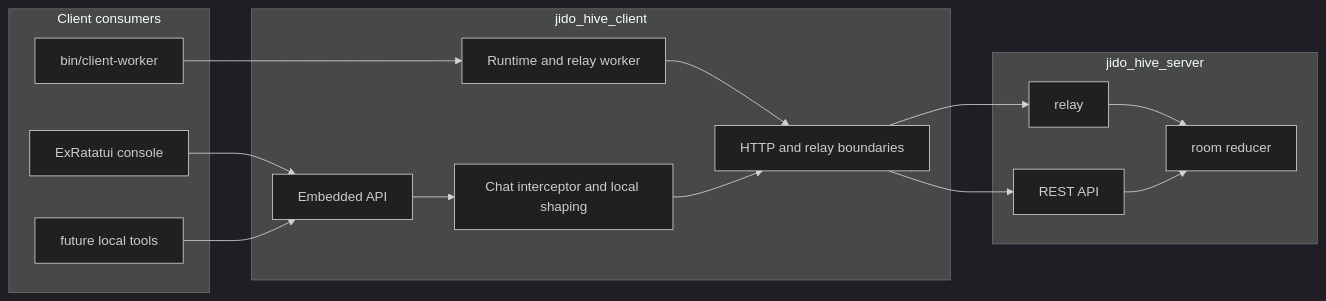
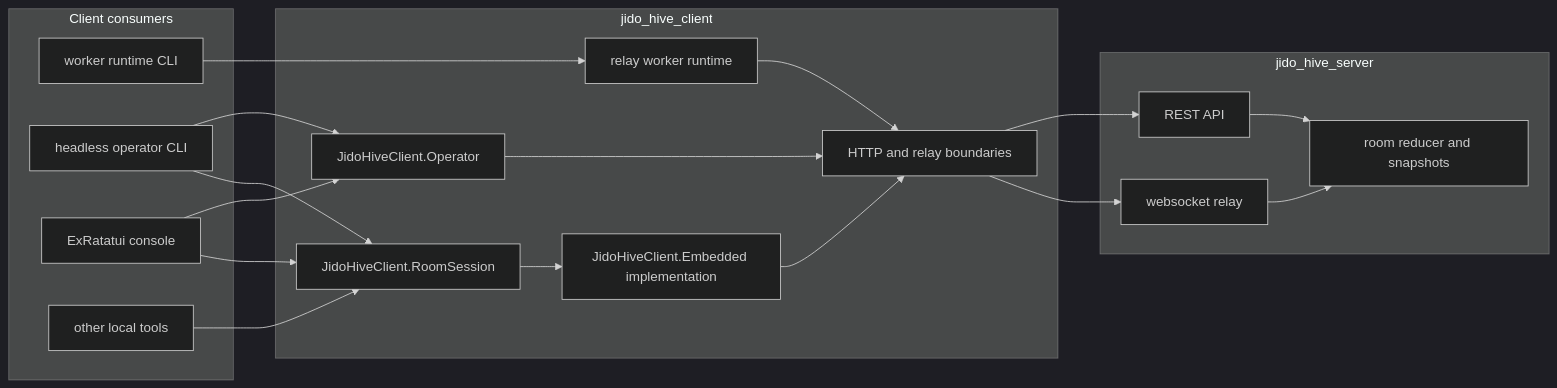
Before and after one commit to nshkrdotcom/jido_hive: the diagram in jido_hive_client/README.md, drawn with Mermaid (dark theme). The commit also changed other lines of this file and 33 other files, not shown here.

First line of the commit message:
Refactor console onto headless client operator APIs

````diff
--- a/jido_hive_client/README.md
+++ b/jido_hive_client/README.md
@@ -51,32 +69,38 @@
 ```mermaid
 flowchart LR
-    subgraph Consumer[Client consumers]
-      WorkerCLI[bin/client-worker]
+    subgraph Consumers[Client consumers]
+      WorkerCLI[worker runtime CLI]
+      Headless[headless operator CLI]
       Console[ExRatatui console]
-      Other[future local tools]
+      Other[other local tools]
     end
 
     subgraph Client[jido_hive_client]
-      Runtime[Runtime and relay worker]
-      Embedded[Embedded API]
-      Intercept[Chat interceptor and local shaping]
+      Operator[JidoHiveClient.Operator]
+      Session[JidoHiveClient.RoomSession]
+      Embedded[JidoHiveClient.Embedded implementation]
+      Runtime[relay worker runtime]
       Boundary[HTTP and relay boundaries]
     end
 
     subgraph Server[jido_hive_server]
-      Relay[relay]
       API[REST API]
-      Rooms[room reducer]
+      Relay[websocket relay]
+      Rooms[room reducer and snapshots]
     end
 
     WorkerCLI --> Runtime
-    Console --> Embedded
-    Other --> Embedded
-    Embedded --> Intercept
+    Headless --> Operator
+    Headless --> Session
+    Console --> Operator
+    Console --> Session
+    Other --> Session
+    Session --> Embedded
+    Operator --> Boundary
     Runtime --> Boundary
-    Intercept --> Boundary
+    Embedded --> Boundary
+    Boundary --> API
     Boundary --> Relay
-    Boundary --> API
+    API --> Rooms
     Relay --> Rooms
-    API --> Rooms
 ```
````
